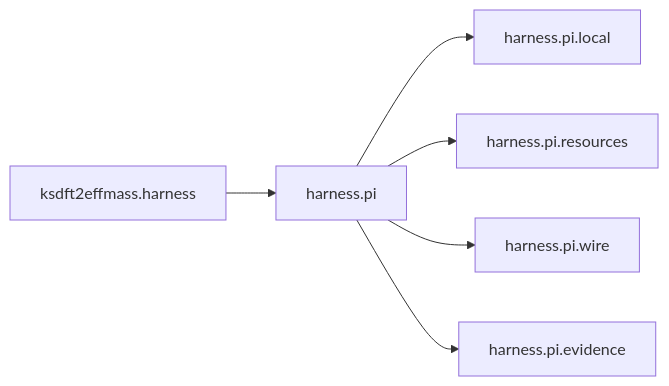
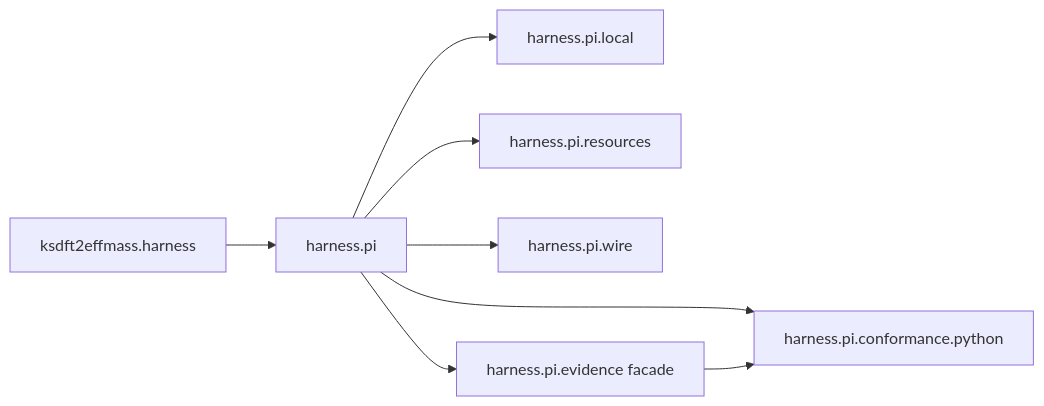
Before and after one commit to eragasa/ksdft2effmass: the diagram in docs/architecture/v1/ksdft2effmass/harness/index.md, drawn with Mermaid. The commit also changed other lines of this file and 34 other files, not shown here.

Commit message:
enforce semantic export contracts and relocate Python conformance

````diff
--- a/docs/architecture/v1/ksdft2effmass/harness/index.md
+++ b/docs/architecture/v1/ksdft2effmass/harness/index.md
@@ -8,8 +8,10 @@
 ```mermaid
 flowchart LR
     harness["ksdft2effmass.harness"] --> pi["harness.pi"]
     pi --> local["harness.pi.local"]
     pi --> resources["harness.pi.resources"]
     pi --> wire["harness.pi.wire"]
-    pi --> evidence["harness.pi.evidence"]
+    pi --> conformance["harness.pi.conformance.python"]
+    pi --> evidence["harness.pi.evidence facade"]
+    evidence --> conformance
 ```
````
